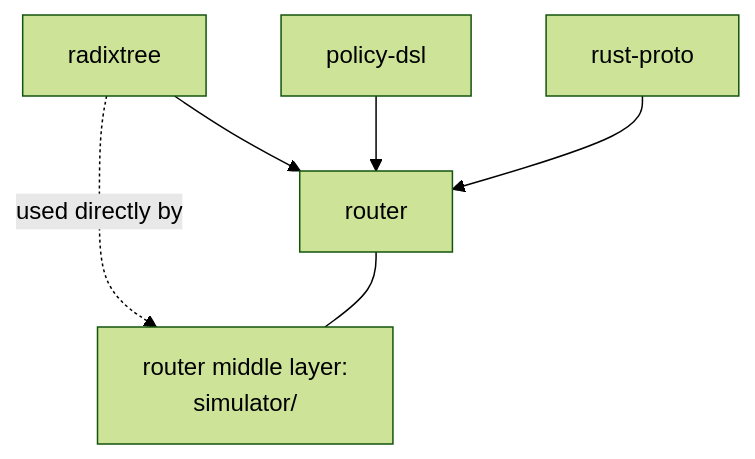
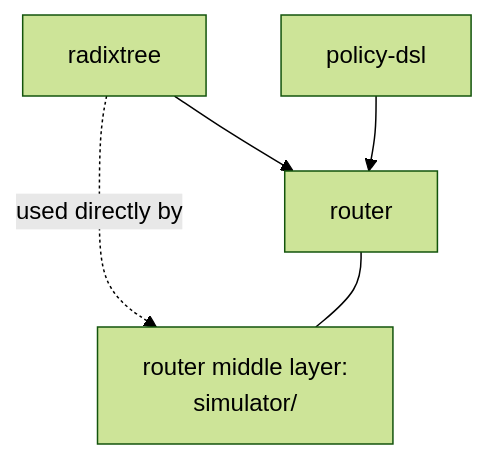
Before and after one commit to blitz-serving/blitz-router: the diagram in docs/architecture/workspace-and-features.md, drawn with Mermaid (forest theme). The commit also changed other lines of this file and 17 other files, not shown here.

````diff
--- a/docs/architecture/workspace-and-features.md
+++ b/docs/architecture/workspace-and-features.md
@@ -17,8 +16,7 @@
 ```mermaid
 graph TD
     radixtree --> router
     policy_dsl["policy-dsl"] --> router
-    rust_proto["rust-proto"] --> router
     radixtree -. used directly by .-> sim["router middle layer:<br/>simulator/"]
     router --- sim
 ```
````
